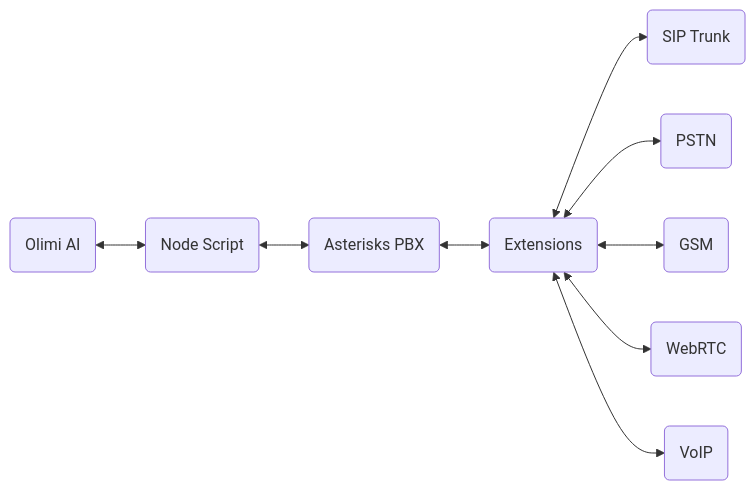
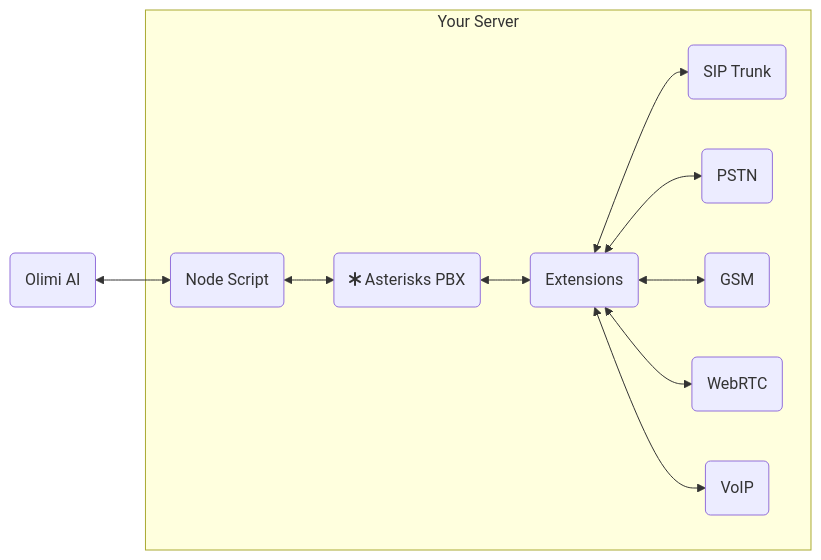
One commit to Olimi-LTD/olimidocs changed the diagram in introduction.mdx. Above: the diagram before and after it, drawn with Mermaid. The commit also changed other lines of this file and 22 other files, not shown here.

````diff
--- a/introduction.mdx
+++ b/introduction.mdx
@@ -7,11 +8,13 @@
 ```mermaid
 flowchart LR
     id1(Olimi AI) <--> id2(Node Script)
-    id2 <--> id3(Asterisks PBX)
+    subgraph Your Server
+    id2 <--> id3(fa:fa-asterisk Asterisks PBX)
     id3 <--> id4(Extensions)
     id4 <--> id5(SIP Trunk)
     id4 <--> id6(PSTN)
     id4 <--> id7(GSM)
     id4 <--> id8(WebRTC)
     id4 <--> id9(VoIP)
+    end
 ```
````
